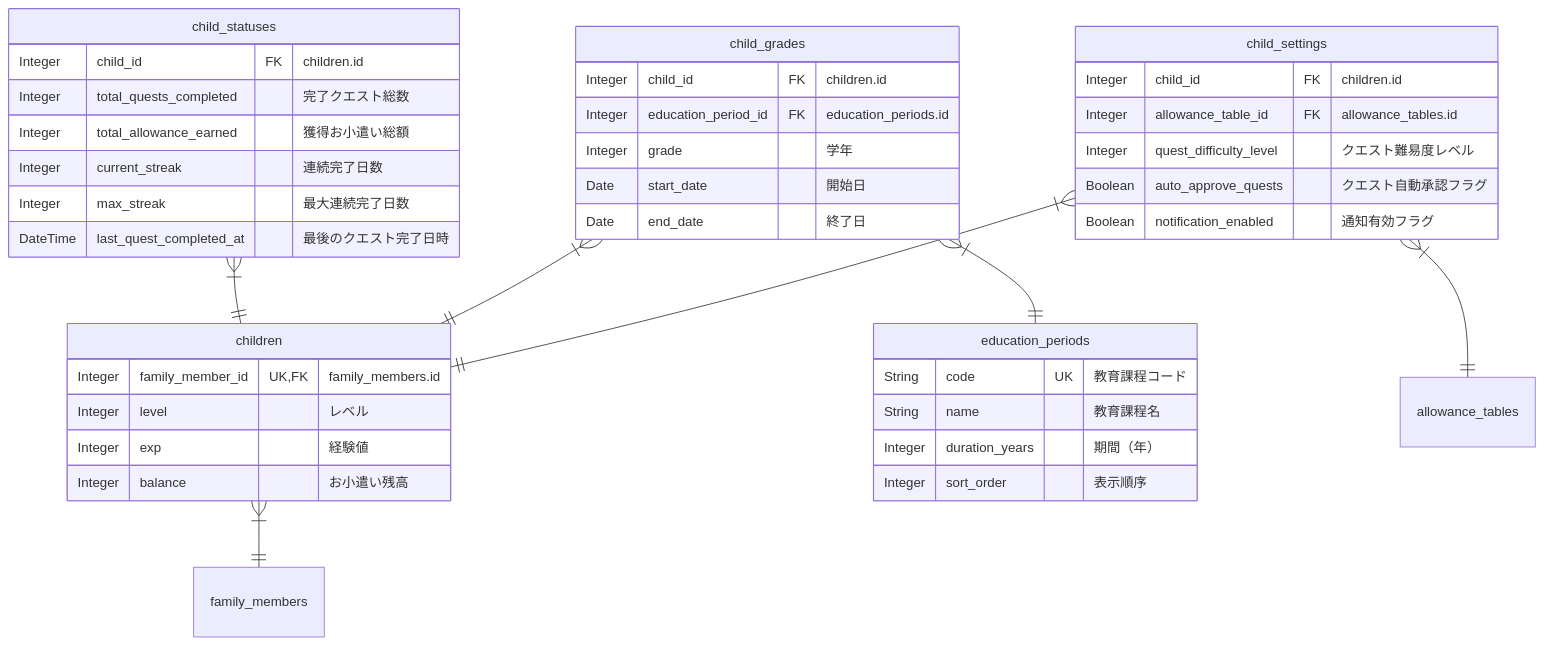
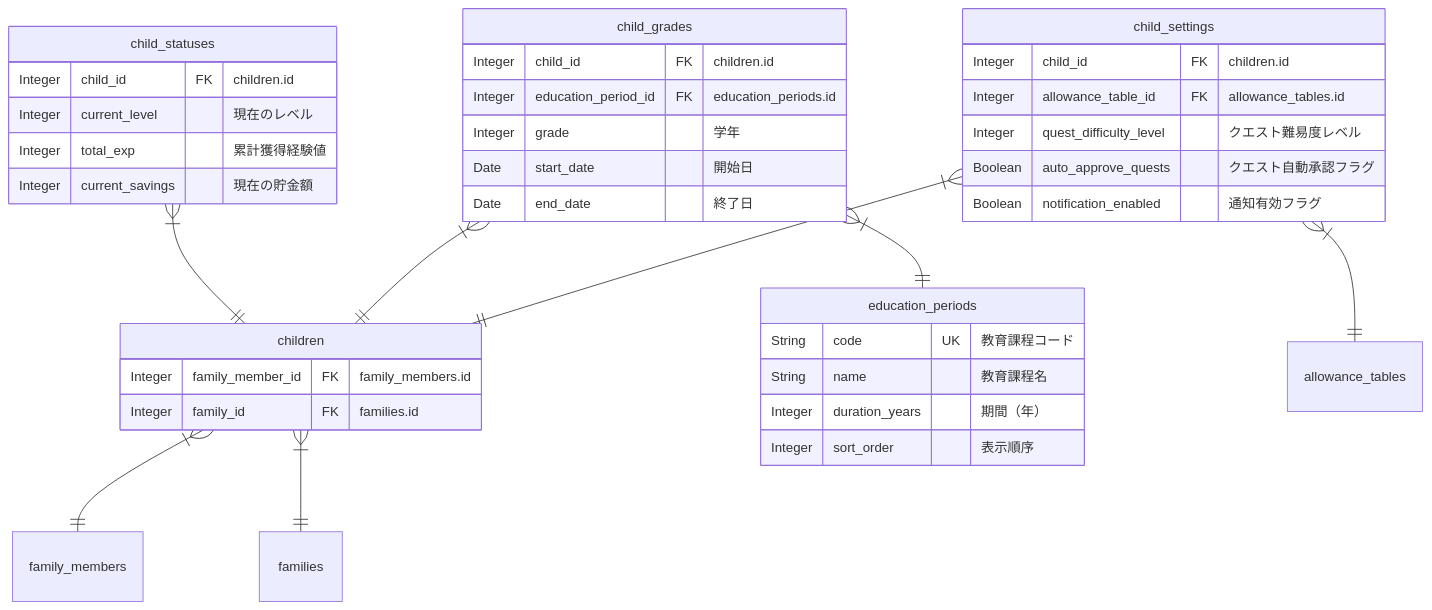
Before and after one commit to shuhei1101/allowance-questboard: the seventh of 17 diagrams in apps/api/docs/ja/uml/erd.md, drawn with Mermaid. The commit also changed other lines of this file, not shown here.

Commit message:
Update ERD for notifications, child_statuses, quests, children, and comments entities

````diff
--- a/apps/api/docs/ja/uml/erd.md
+++ b/apps/api/docs/ja/uml/erd.md
@@ -170,54 +170,49 @@
 ```mermaid
 %% child
 erDiagram
     children {
-        %% 履歴あり
-        Integer family_member_id UK,FK "family_members.id"
-        Integer level "レベル"
-        Integer exp "経験値"
-        Integer balance "お小遣い残高"
+        Integer family_member_id FK "family_members.id"
+        Integer family_id FK "families.id"
     }
 
     child_settings {
         %% 履歴あり
         Integer child_id FK "children.id"
         Integer allowance_table_id FK "allowance_tables.id"
         Integer quest_difficulty_level "クエスト難易度レベル"
         Boolean auto_approve_quests "クエスト自動承認フラグ"
         Boolean notification_enabled "通知有効フラグ"
     }
 
     child_grades {
         %% 履歴あり
         Integer child_id FK "children.id"
         Integer education_period_id FK "education_periods.id"
         Integer grade "学年"
         Date start_date "開始日"
         Date end_date "終了日"
     }
 
     child_statuses {
-        %% 履歴あり
         Integer child_id FK "children.id"
-        Integer total_quests_completed "完了クエスト総数"
-        Integer total_allowance_earned "獲得お小遣い総額"
-        Integer current_streak "連続完了日数"
-        Integer max_streak "最大連続完了日数"
-        DateTime last_quest_completed_at "最後のクエスト完了日時"
+        Integer current_level "現在のレベル"
+        Integer total_exp "累計獲得経験値"
+        Integer current_savings "現在の貯金額"
     }
 
     education_periods {
         String code UK "教育課程コード"
         String name "教育課程名"
         Integer duration_years "期間（年）"
         Integer sort_order "表示順序"
     }
 
     %% Relationships
     children }|--|| family_members: ""
+    children }|--|| families: ""
     child_settings }|--|| children: ""
     child_settings }|--|| allowance_tables: ""
     child_grades }|--|| children: ""
     child_grades }|--|| education_periods: ""
     child_statuses }|--|| children: ""
 ```
````
